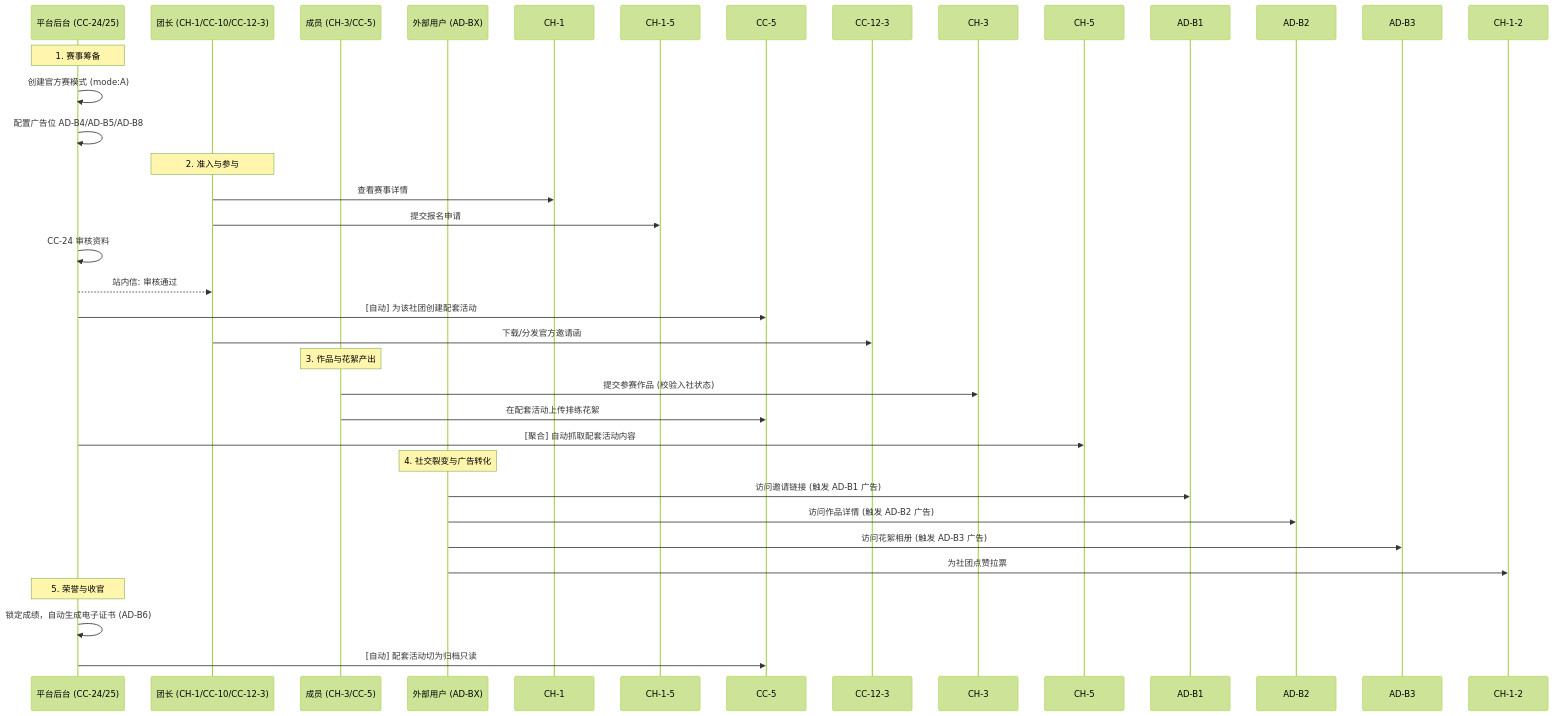
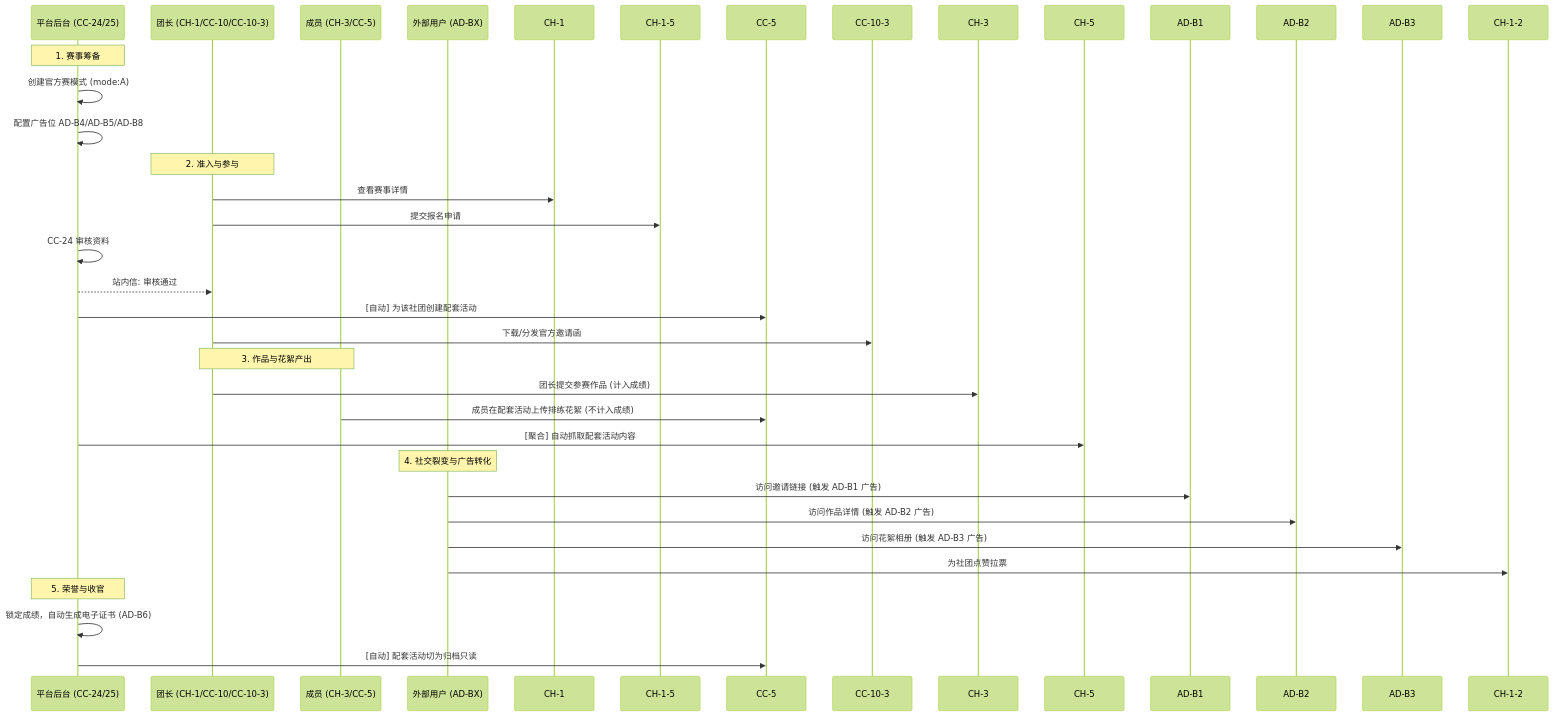
Before and after one commit to farasun/AI-PRD-Lecai: the first of 4 diagrams in drafts/v1.4/flow-framework.md, drawn with Mermaid (forest theme). The commit also changed other lines of this file and 23 other files, not shown here.

Commit message:
v1.4 流程图重构：引入 Python 渲染脚本并更新 HTML 原型

````diff
--- a/drafts/v1.4/flow-framework.md
+++ b/drafts/v1.4/flow-framework.md
@@ -15,34 +15,34 @@
 ```mermaid
 sequenceDiagram
     participant S as 平台后台 (CC-24/25)
-    participant B as 团长 (CH-1/CC-10/CC-12-3)
+    participant B as 团长 (CH-1/CC-10/CC-10-3)
     participant C as 成员 (CH-3/CC-5)
     participant E as 外部用户 (AD-BX)
 
     Note over S: 1. 赛事筹备
     S->>S: 创建官方赛模式 (mode:A)
     S->>S: 配置广告位 AD-B4/AD-B5/AD-B8
 
     Note over B: 2. 准入与参与
     B->>CH-1: 查看赛事详情
     B->>CH-1-5: 提交报名申请
     S->>S: CC-24 审核资料
     S-->>B: 站内信: 审核通过
     S->>CC-5: [自动] 为该社团创建配套活动
-    B->>CC-12-3: 下载/分发官方邀请函
+    B->>CC-10-3: 下载/分发官方邀请函
 
-    Note over C: 3. 作品与花絮产出
-    C->>CH-3: 提交参赛作品 (校验入社状态)
-    C->>CC-5: 在配套活动上传排练花絮
+    Note over B,C: 3. 作品与花絮产出
+    B->>CH-3: 团长提交参赛作品 (计入成绩)
+    C->>CC-5: 成员在配套活动上传排练花絮 (不计入成绩)
     S->>CH-5: [聚合] 自动抓取配套活动内容
 
     Note over E: 4. 社交裂变与广告转化
     E->>AD-B1: 访问邀请链接 (触发 AD-B1 广告)
     E->>AD-B2: 访问作品详情 (触发 AD-B2 广告)
     E->>AD-B3: 访问花絮相册 (触发 AD-B3 广告)
     E->>CH-1-2: 为社团点赞拉票
 
     Note over S: 5. 荣誉与收官
     S->>S: 锁定成绩，自动生成电子证书 (AD-B6)
     S->>CC-5: [自动] 配套活动切为归档只读
 ```
````
